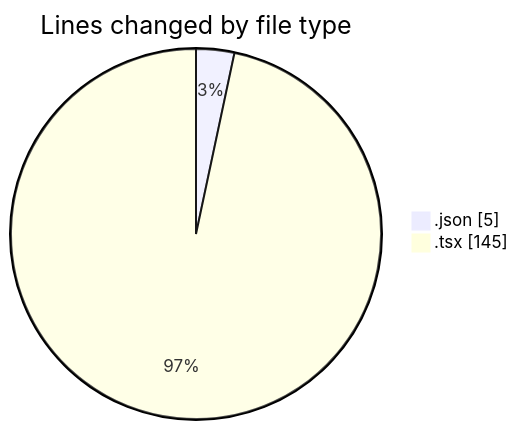
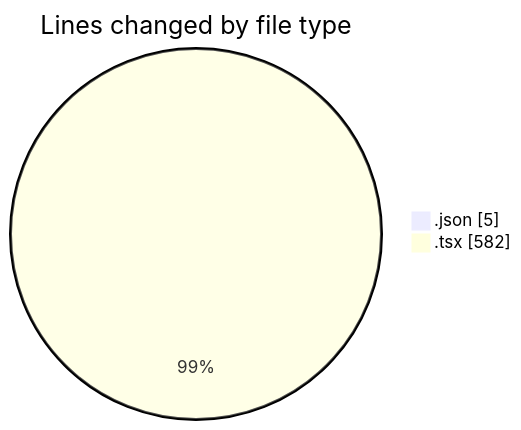
Before and after one commit to Elitesun/code-tracking: the first of 2 diagrams in 2025-05-29/advertise/README.md, drawn with Mermaid. The commit also changed other lines of this file and 1 other file, not shown here.

````diff
--- a/2025-05-29/advertise/README.md
+++ b/2025-05-29/advertise/README.md
@@ -21,6 +24,6 @@
 ```mermaid
 pie showData
 title Lines changed by file type
 ".json" : 5
-".tsx" : 145
+".tsx" : 582
 ```
````
